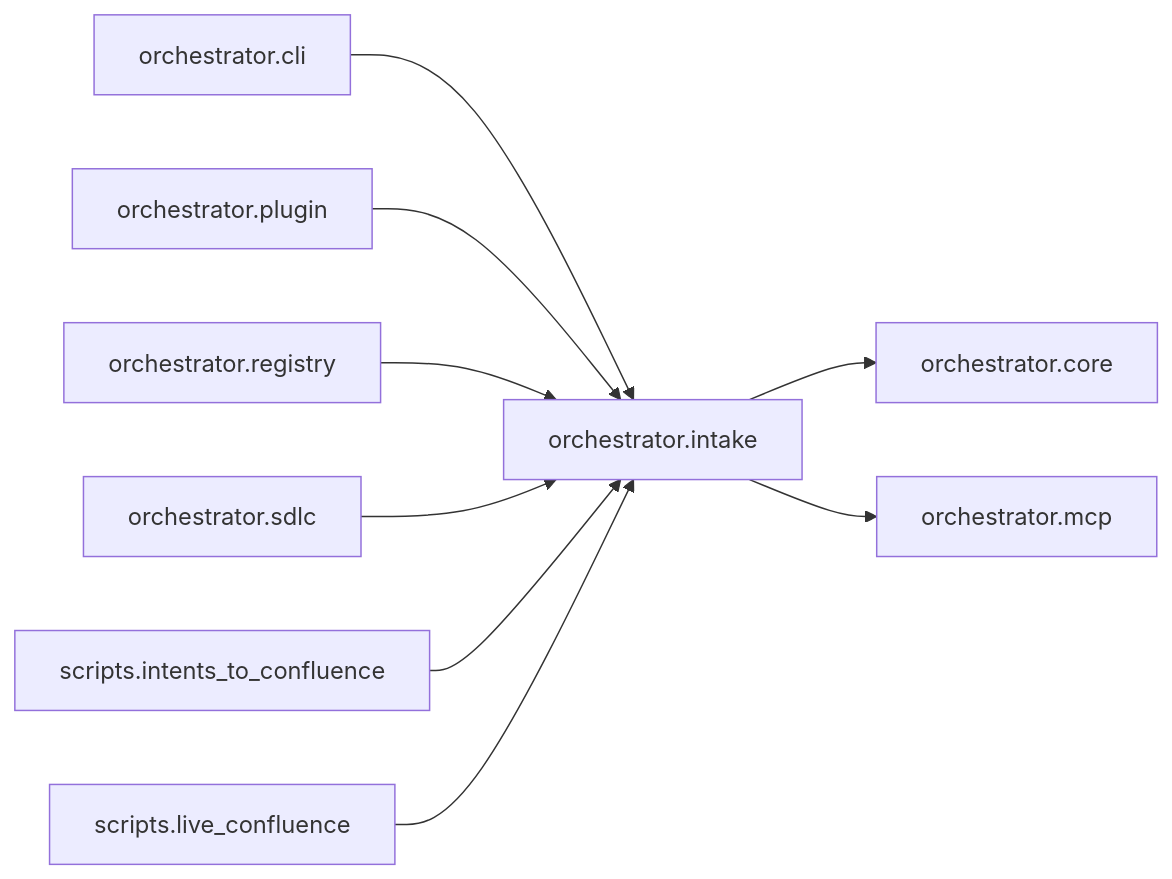
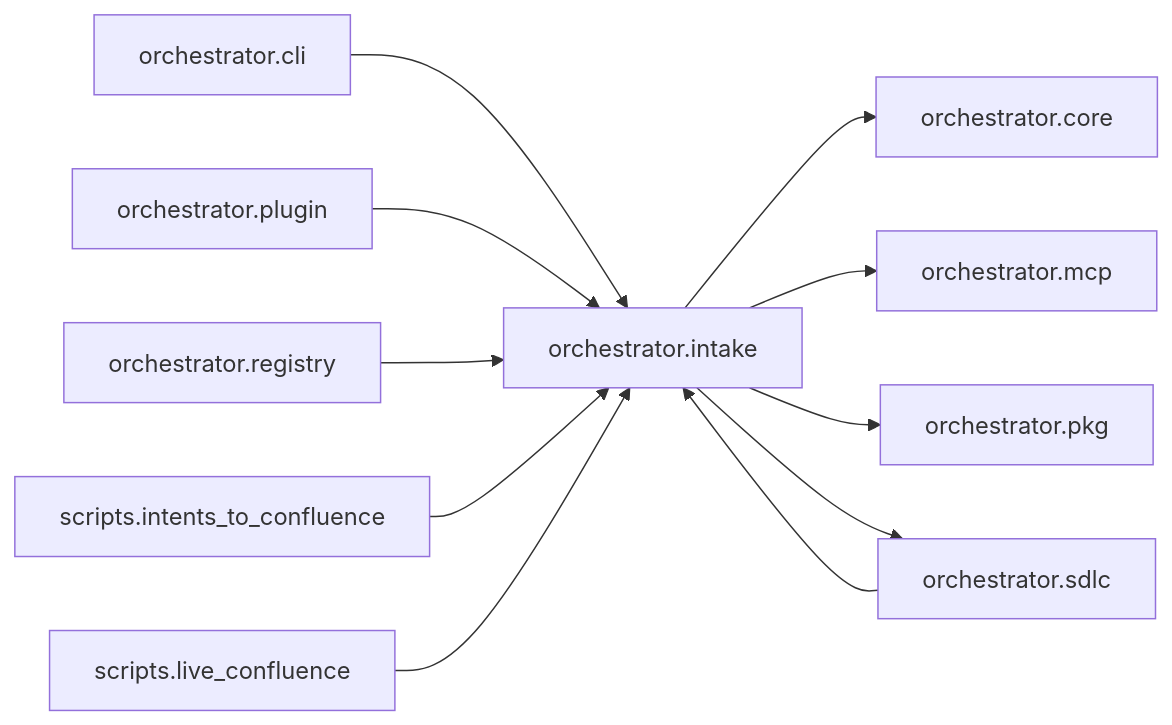
One commit to palakupadhyay23/spine changed the diagram in episteme/areas/orchestrator.intake.md. Above: the diagram before and after it, drawn with Mermaid. The commit also changed other lines of this file and 38 other files, not shown here.

````diff
--- a/episteme/areas/orchestrator.intake.md
+++ b/episteme/areas/orchestrator.intake.md
@@ -8,20 +8,23 @@
 ```mermaid
 flowchart LR
   n0["orchestrator.intake"]
   n1["orchestrator.cli"]
   n2["orchestrator.plugin"]
   n3["orchestrator.registry"]
   n4["orchestrator.sdlc"]
   n5["scripts.intents_to_confluence"]
   n6["scripts.live_confluence"]
   n7["orchestrator.core"]
   n8["orchestrator.mcp"]
+  n9["orchestrator.pkg"]
   n1 --> n0
   n2 --> n0
   n3 --> n0
   n4 --> n0
   n5 --> n0
   n6 --> n0
   n0 --> n7
   n0 --> n8
+  n0 --> n9
+  n0 --> n4
 ```
````
